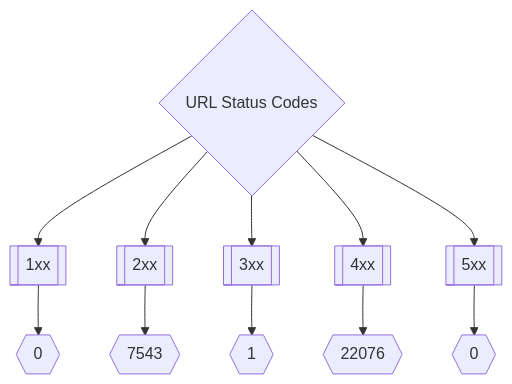
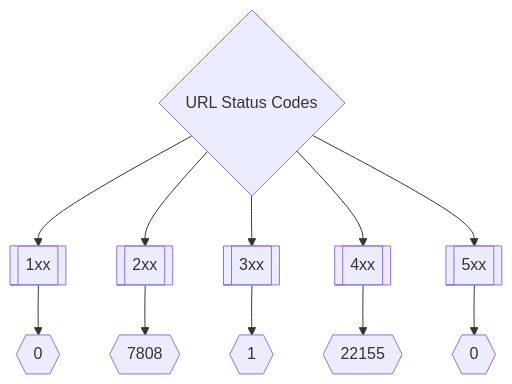
The second of 3 diagrams in README.md (trickest/inventory), drawn with Mermaid before and after one commit. The commit also changed other lines of this file and 83 other files, not shown here.

````diff
--- a/README.md
+++ b/README.md
@@ -173,8 +173,8 @@
 ```mermaid
 graph TD
 title{URL Status Codes} --> 1xx[[1xx]] --> status1xxNum{{0}}
-title --> 2xx[[2xx]] --> status2xxNum{{7543}}
+title --> 2xx[[2xx]] --> status2xxNum{{7808}}
 title --> 3xx[[3xx]] --> status3xxNum{{1}}
-title --> 4xx[[4xx]] --> status4xxNum{{22076}}
+title --> 4xx[[4xx]] --> status4xxNum{{22155}}
 title --> 5xx[[5xx]] --> status5xxNum{{0}}
 ```
````
